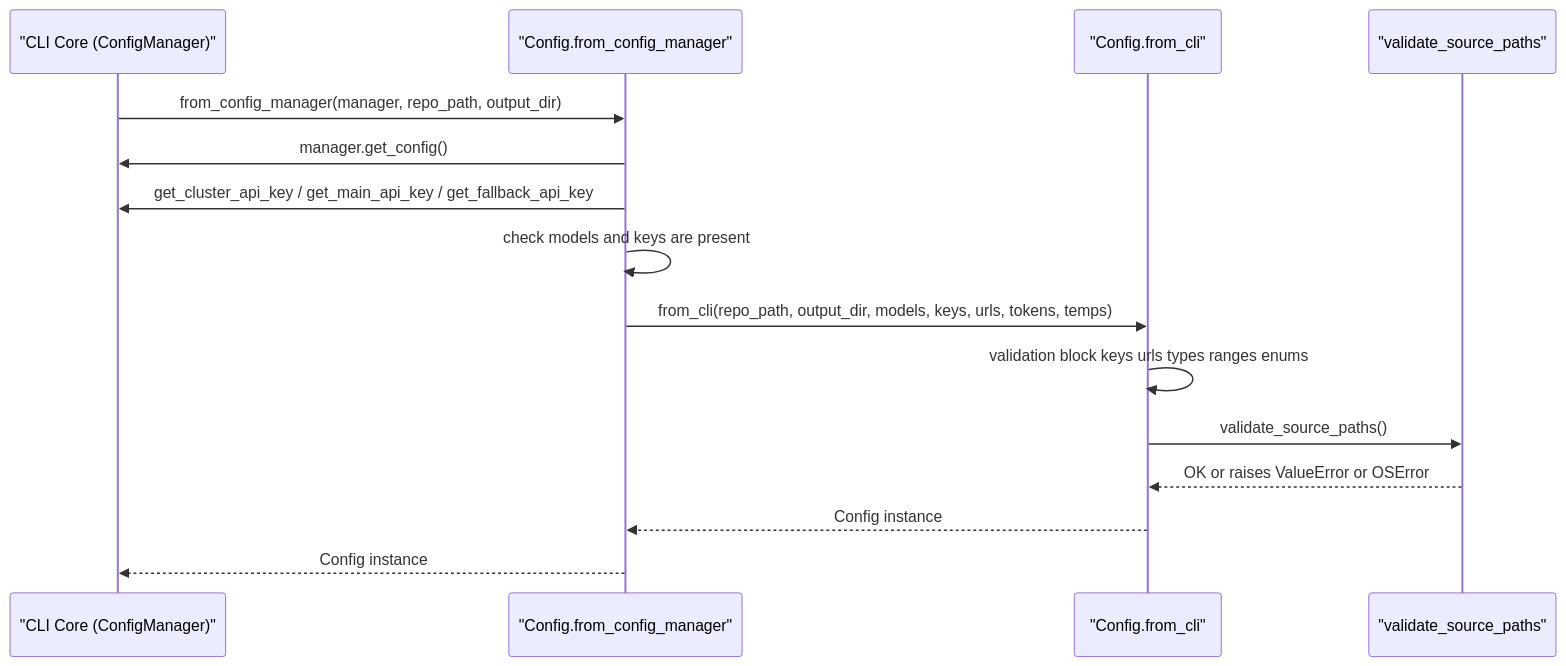
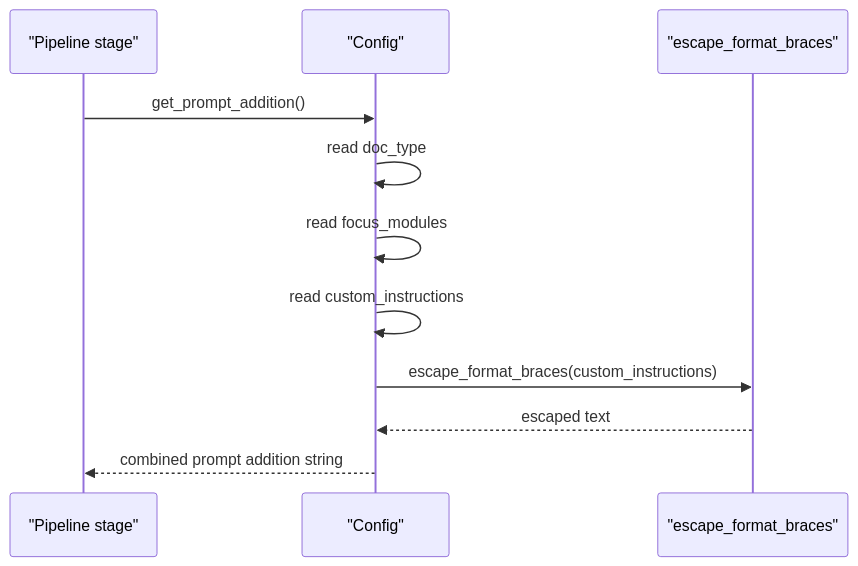
One commit to flamingo-stack/CodeWiki changed the fourth of 5 diagrams in docs/reference/architecture/config-core/config-core.md. Above: the diagram before and after it, drawn with Mermaid. The commit also changed other lines of this file and 275 other files, not shown here.

````diff
--- a/docs/reference/architecture/config-core/config-core.md
+++ b/docs/reference/architecture/config-core/config-core.md
@@ -191,18 +137,14 @@
 ```mermaid
 sequenceDiagram
-    participant CLI as "CLI Core (ConfigManager)"
-    participant Config as "Config.from_config_manager"
-    participant FromCli as "Config.from_cli"
-    participant Validate as "validate_source_paths"
+    participant Caller as "Pipeline stage"
+    participant Config as "Config"
+    participant Escaper as "escape_format_braces"
 
-    CLI->>Config: from_config_manager(manager, repo_path, output_dir)
-    Config->>CLI: manager.get_config()
-    Config->>CLI: get_cluster_api_key / get_main_api_key / get_fallback_api_key
-    Config->>Config: check models and keys are present
-    Config->>FromCli: from_cli(repo_path, output_dir, models, keys, urls, tokens, temps)
-    FromCli->>FromCli: validation block keys urls types ranges enums
-    FromCli->>Validate: validate_source_paths()
-    Validate-->>FromCli: OK or raises ValueError or OSError
-    FromCli-->>Config: Config instance
-    Config-->>CLI: Config instance
+    Caller->>Config: get_prompt_addition()
+    Config->>Config: read doc_type
+    Config->>Config: read focus_modules
+    Config->>Config: read custom_instructions
+    Config->>Escaper: escape_format_braces(custom_instructions)
+    Escaper-->>Config: escaped text
+    Config-->>Caller: combined prompt addition string
 ```
````
